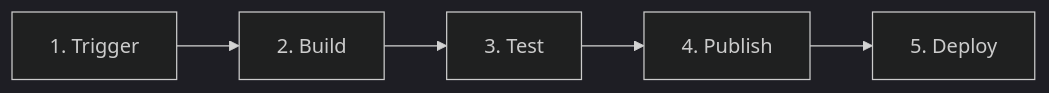
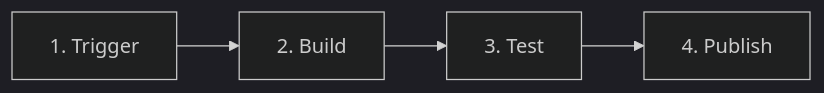
The first of 3 diagrams in docs/ci-cd/pipeline-konzept.md (JacobMenge/kurs-unterlagen), drawn with Mermaid (dark theme) before and after one commit. The commit also changed other lines of this file and 13 other files, not shown here.

````diff
--- a/docs/ci-cd/pipeline-konzept.md
+++ b/docs/ci-cd/pipeline-konzept.md
@@ -32,7 +32,6 @@
 ```mermaid
 flowchart LR
   T["1. Trigger"] --> B["2. Build"]
   B --> Te["3. Test"]
   Te --> P["4. Publish"]
-  P --> D["5. Deploy"]
 ```
````
